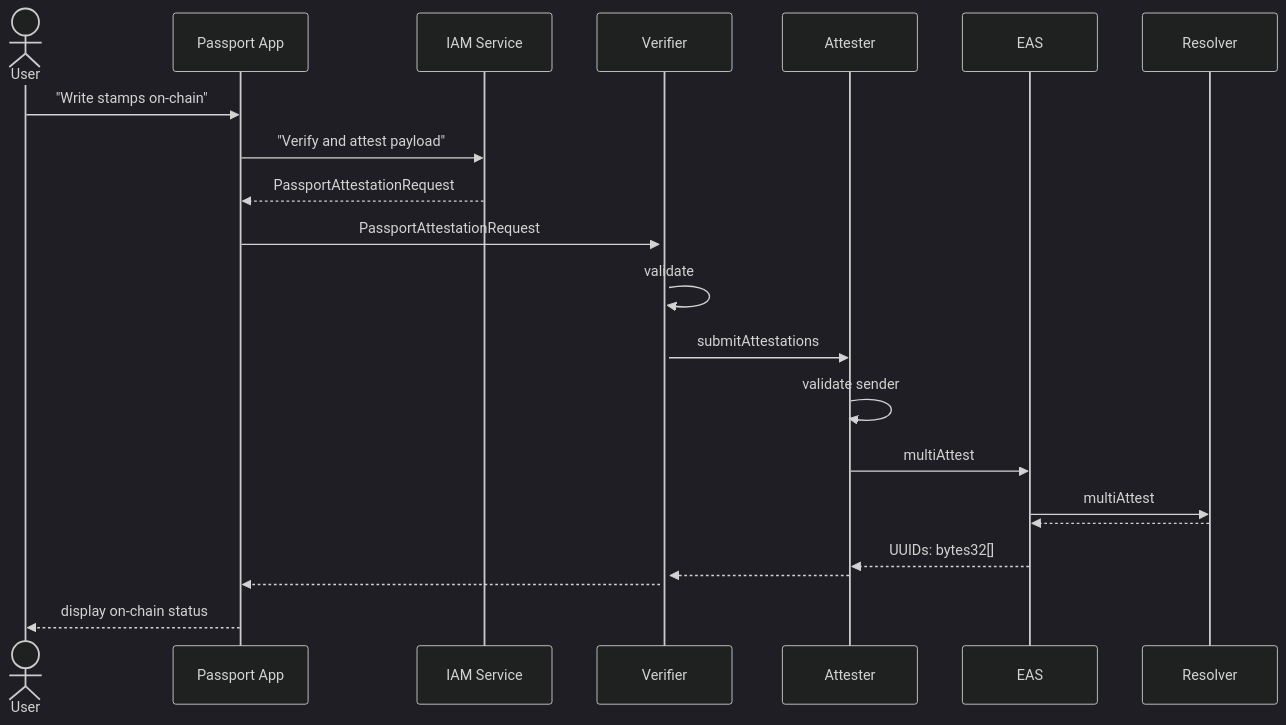
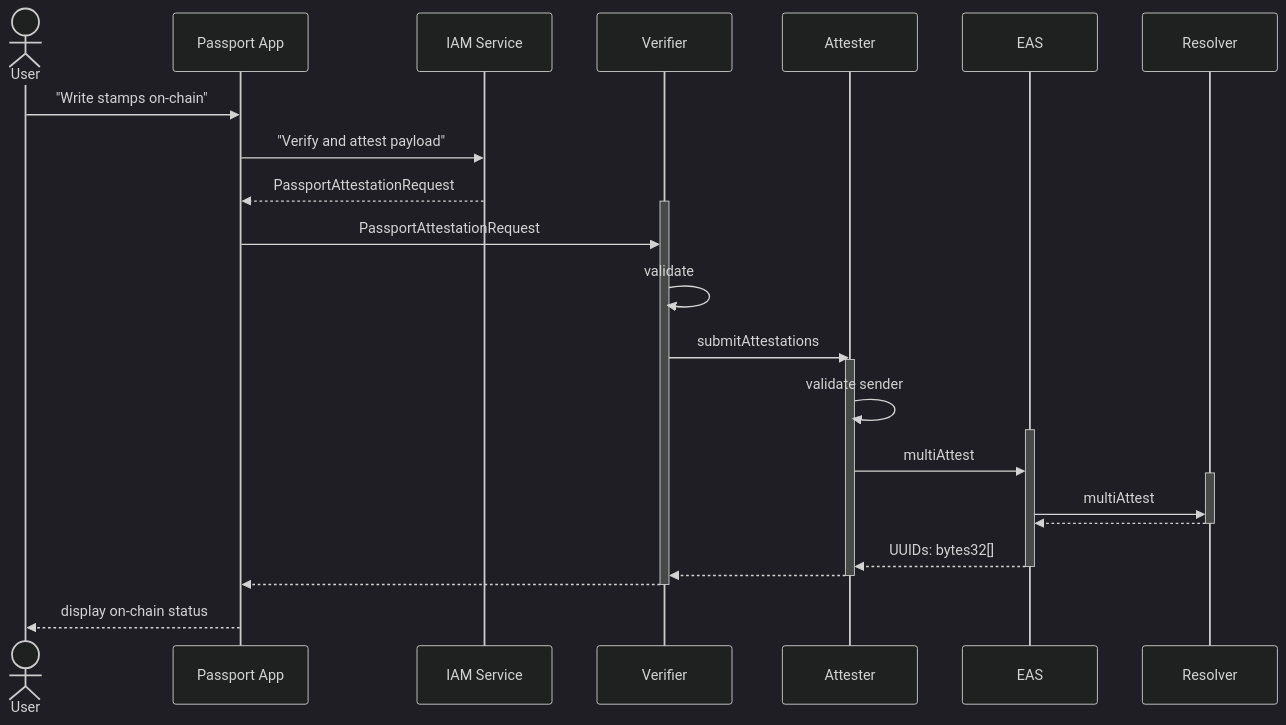
The diagram in docs/on_chain.md (passportxyz/passport), drawn with Mermaid (dark theme) before and after one commit. The commit also changed other lines of this file, not shown here.

Commit message:
feat(docs): doc update

````diff
--- a/docs/on_chain.md
+++ b/docs/on_chain.md
@@ -11,26 +11,33 @@
 ```mermaid
 sequenceDiagram
     actor User
     participant Passport App
     participant IAM Service
     participant Verifier
     participant Attester
     participant EAS
     participant Resolver
 
     User->>Passport App: "Write stamps on-chain"
     Passport App->>IAM Service: "Verify and attest payload"
     IAM Service-->>Passport App: PassportAttestationRequest
     activate Verifier
     Passport App->>Verifier: PassportAttestationRequest
     Verifier->>Verifier : validate
     Verifier->>Attester : submitAttestations
+    activate Attester
     Attester->>Attester : validate sender
+    activate EAS
     Attester->>EAS : multiAttest
+    activate Resolver
     EAS->>Resolver : multiAttest
     Resolver-->>EAS : 
+    deactivate Resolver
     EAS-->>Attester : UUIDs: bytes32[]
+    deactivate EAS
     Attester-->>Verifier : 
+    deactivate Attester
     Verifier-->>Passport App : 
+    deactivate Verifier
     Passport App-->>User : display on-chain status
 ```
````
